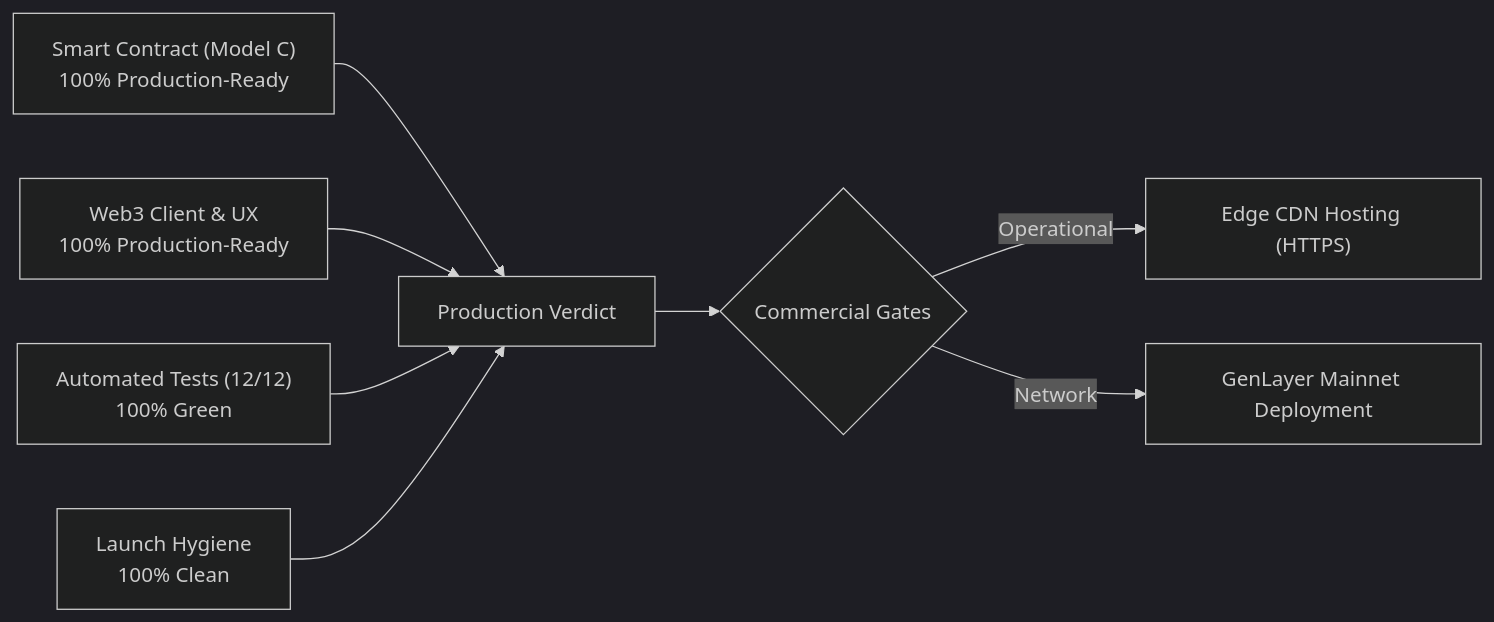
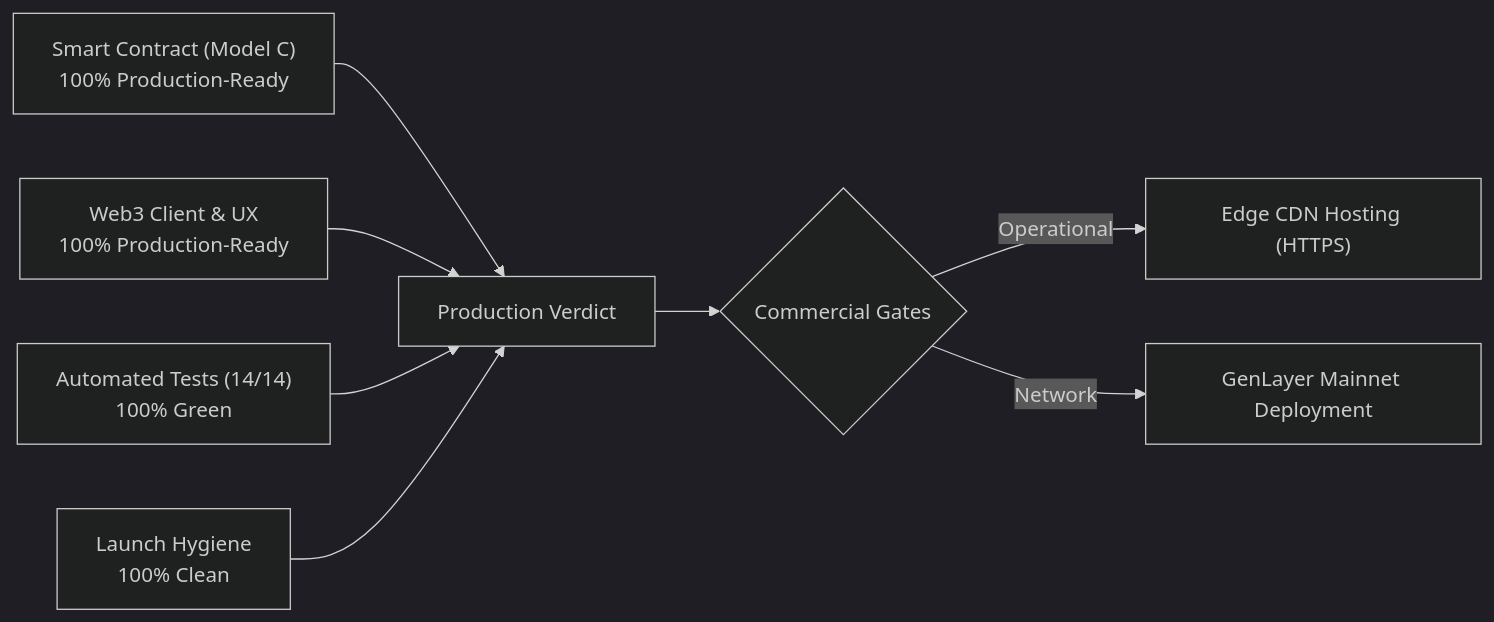
The diagram in docs/PRODUCTION_READINESS_AUDIT.md (ShalyX/gauntlet-ai), drawn with Mermaid (dark theme) before and after one commit. The commit also changed other lines of this file and 10 other files, not shown here.

````diff
--- a/docs/PRODUCTION_READINESS_AUDIT.md
+++ b/docs/PRODUCTION_READINESS_AUDIT.md
@@ -19,10 +19,10 @@
 ```mermaid
 flowchart LR
     A["Smart Contract (Model C)<br/>100% Production-Ready"] --> E["Production Verdict"]
     B["Web3 Client & UX<br/>100% Production-Ready"] --> E
-    C["Automated Tests (12/12)<br/>100% Green"] --> E
+    C["Automated Tests (14/14)<br/>100% Green"] --> E
     D["Launch Hygiene<br/>100% Clean"] --> E
     E --> F{"Commercial Gates"}
     F -->|Operational| G["Edge CDN Hosting (HTTPS)"]
     F -->|Network| H["GenLayer Mainnet Deployment"]
 ```
````
